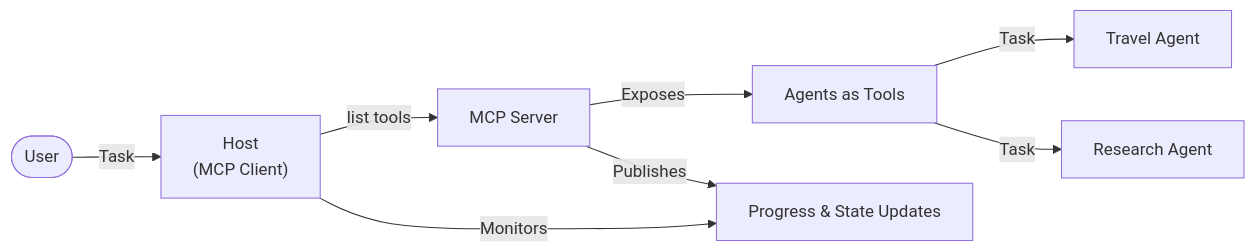
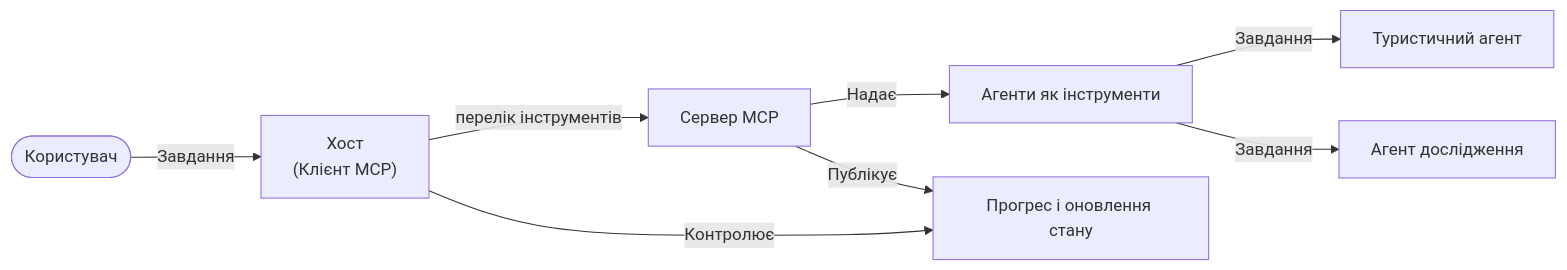
One commit to microsoft/ai-agents-for-beginners changed the fifth of 5 diagrams in translations/uk/11-agentic-protocols/code_samples/mcp-agents/README.md. Above: the diagram before and after it, drawn with Mermaid. The commit also changed other lines of this file and 225 other files, not shown here.

````diff
--- a/translations/uk/11-agentic-protocols/code_samples/mcp-agents/README.md
+++ b/translations/uk/11-agentic-protocols/code_samples/mcp-agents/README.md
@@ -433,15 +433,15 @@
 ```mermaid
 graph LR
-    User([User]) -->|"Task"| Host["Host<br/>(MCP Client)"]
-    Host -->|list tools| Server[MCP Server]
-    Server -->|Exposes| AgentsTools[Agents as Tools]
-    AgentsTools -->|Task| AgentA[Travel Agent]
-    AgentsTools -->|Task| AgentB[Research Agent]
+    User([Користувач]) -->|"Завдання"| Host["Хост<br/>(Клієнт MCP)"]
+    Host -->|перелік інструментів| Server[Сервер MCP]
+    Server -->|Надає| AgentsTools[Агенти як інструменти]
+    AgentsTools -->|Завдання| AgentA[Туристичний агент]
+    AgentsTools -->|Завдання| AgentB[Агент дослідження]
 
-    Host -->|Monitors| StateUpdates[Progress & State Updates]
-    Server -->|Publishes| StateUpdates
+    Host -->|Контролює| StateUpdates[Прогрес і оновлення стану]
+    Server -->|Публікує| StateUpdates
 
     class User user;
     class AgentA,AgentB agent;
     class Host,Server,StateUpdates core;
 ```
````
